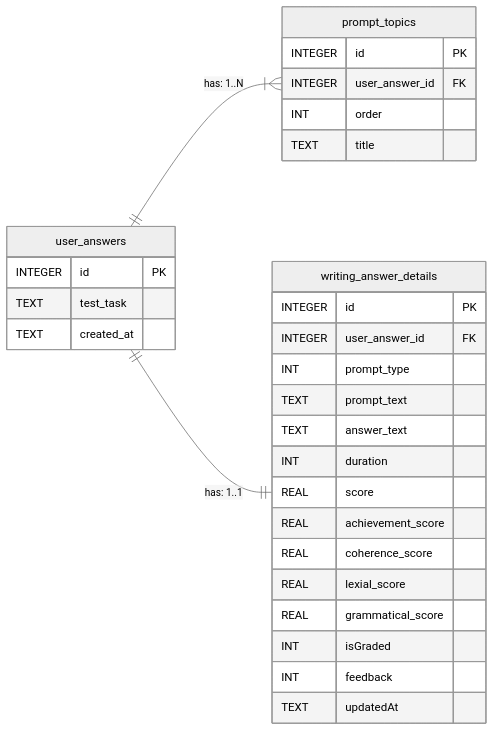
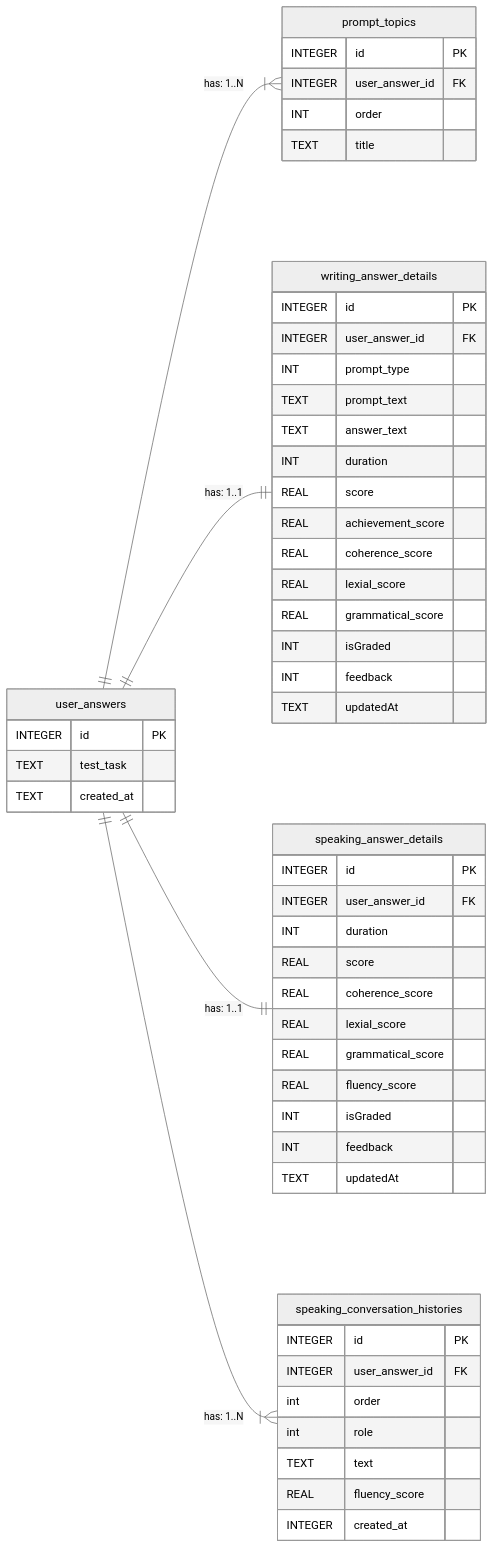
Before and after one commit to hirokd0627/ielts_ai_trainer: the diagram in docs/er-diagram.md, drawn with Mermaid (neutral theme).

Commit message:
Add tables for Speaking in the ER diagram

````diff
--- a/docs/er-diagram.md
+++ b/docs/er-diagram.md
@@ -3,36 +3,62 @@
 ```mermaid
 erDiagram
     direction LR
     user_answers ||--|{ prompt_topics : "has: 1..N"
     user_answers ||--|| writing_answer_details : "has: 1..1"
+    user_answers ||--|| speaking_answer_details : "has: 1..1"
+    user_answers ||--|{ speaking_conversation_histories : "has: 1..N"
 
     user_answers {
         INTEGER id PK
         TEXT test_task
         TEXT created_at
     }
 
     prompt_topics {
         INTEGER id PK
         INTEGER user_answer_id FK
         INT order
         TEXT title 
     }
 
     writing_answer_details {
         INTEGER id PK
         INTEGER user_answer_id FK
         INT prompt_type
         TEXT prompt_text
         TEXT answer_text
         INT duration
         REAL score
         REAL achievement_score
         REAL coherence_score
         REAL lexial_score
         REAL grammatical_score
         INT isGraded
         INT feedback
         TEXT updatedAt
     }
+
+    speaking_answer_details {
+        INTEGER id PK
+        INTEGER user_answer_id FK
+        INT duration
+        REAL score
+        REAL coherence_score
+        REAL lexial_score
+        REAL grammatical_score
+        REAL fluency_score
+        INT isGraded
+        INT feedback
+        TEXT updatedAt
+    }
+
+    speaking_conversation_histories {
+        INTEGER id PK
+        INTEGER user_answer_id FK
+        int order
+        int role
+        TEXT text
+        REAL fluency_score
+        INTEGER created_at
+    }
 ```
````
